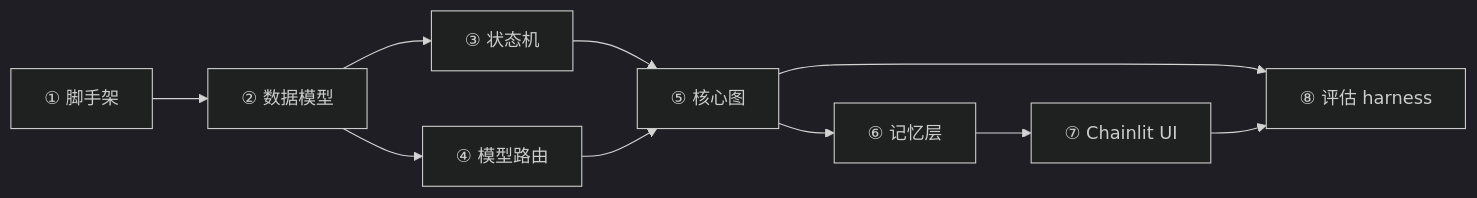
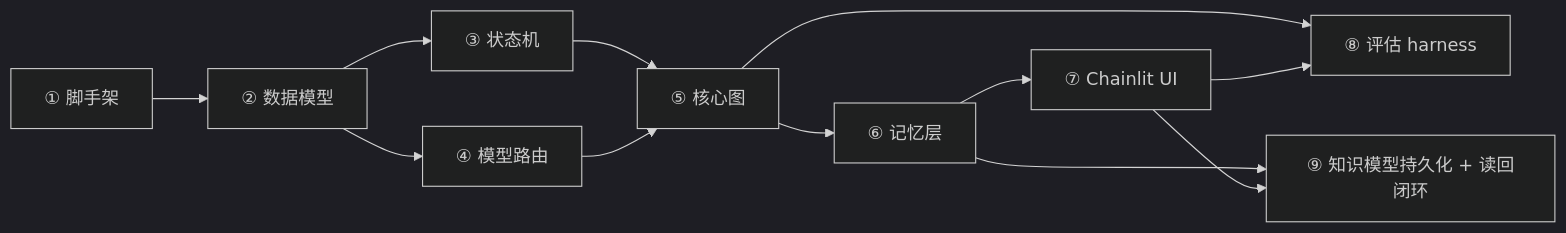
One commit to b1tzer/cognia changed the diagram in docs/tasks.md. Above: the diagram before and after it, drawn with Mermaid (dark theme). The commit also changed other lines of this file and 8 other files, not shown here.

````diff
--- a/docs/tasks.md
+++ b/docs/tasks.md
@@ -15,12 +15,14 @@
 ```mermaid
 flowchart LR
     T1[① 脚手架] --> T2[② 数据模型]
     T2 --> T3[③ 状态机]
     T2 --> T4[④ 模型路由]
     T3 --> T5[⑤ 核心图]
     T4 --> T5
     T5 --> T6[⑥ 记忆层]
     T6 --> T7[⑦ Chainlit UI]
     T5 --> T8[⑧ 评估 harness]
     T7 --> T8
+    T6 --> T9[⑨ 知识模型持久化 + 读回闭环]
+    T7 --> T9
 ```
````
